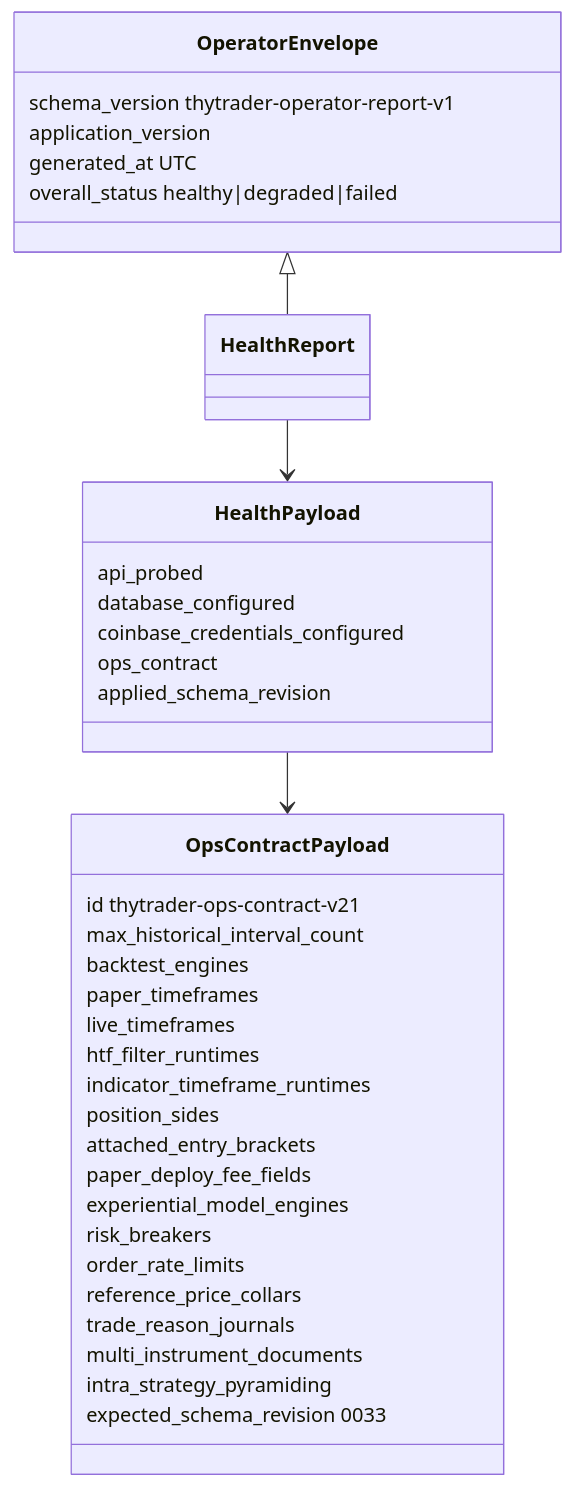
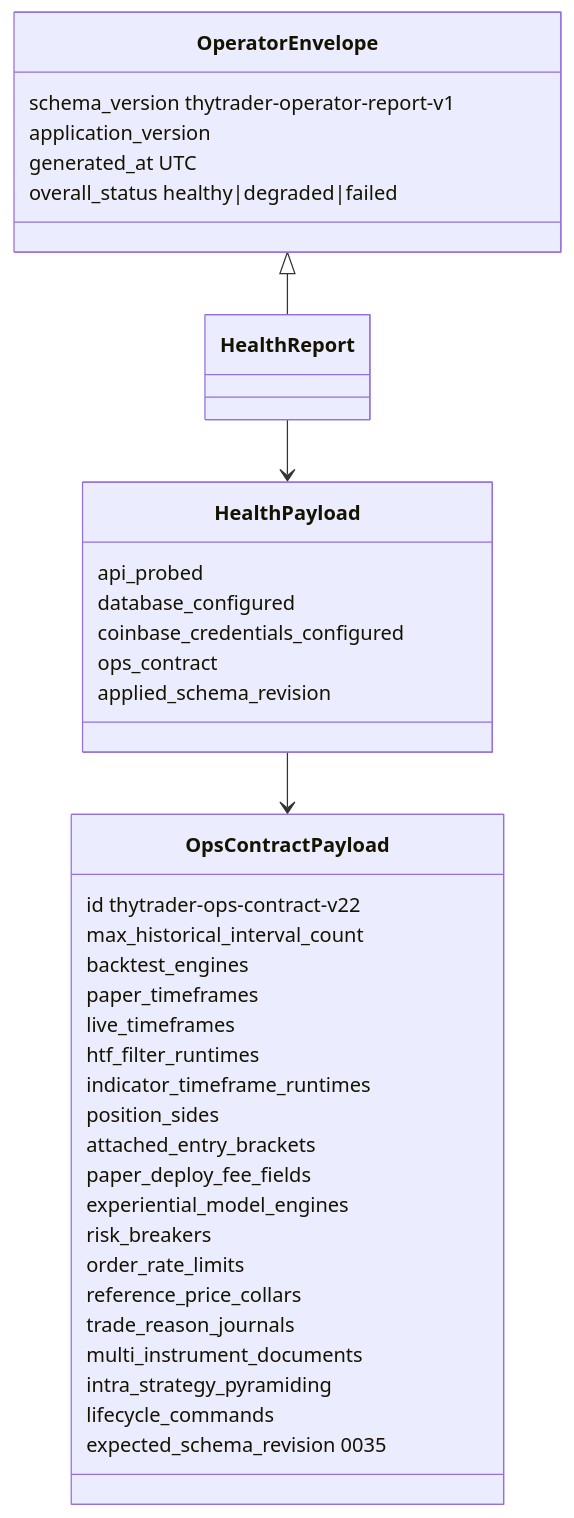
The first of 2 diagrams in docs/architecture/contracts/ops-contract.md (Zoltesh/thytrader), drawn with Mermaid before and after one commit. The commit also changed other lines of this file and 54 other files, not shown here.

````diff
--- a/docs/architecture/contracts/ops-contract.md
+++ b/docs/architecture/contracts/ops-contract.md
@@ -33,39 +34,40 @@
 ```mermaid
 classDiagram
   class OpsContractPayload {
-    id thytrader-ops-contract-v21
+    id thytrader-ops-contract-v22
     max_historical_interval_count
     backtest_engines
     paper_timeframes
     live_timeframes
     htf_filter_runtimes
     indicator_timeframe_runtimes
     position_sides
     attached_entry_brackets
     paper_deploy_fee_fields
     experiential_model_engines
     risk_breakers
     order_rate_limits
     reference_price_collars
     trade_reason_journals
     multi_instrument_documents
     intra_strategy_pyramiding
-    expected_schema_revision 0033
+    lifecycle_commands
+    expected_schema_revision 0035
   }
   class HealthPayload {
     api_probed
     database_configured
     coinbase_credentials_configured
     ops_contract
     applied_schema_revision
   }
   class OperatorEnvelope {
     schema_version thytrader-operator-report-v1
     application_version
     generated_at UTC
     overall_status healthy|degraded|failed
   }
   HealthPayload --> OpsContractPayload
   OperatorEnvelope <|-- HealthReport
   HealthReport --> HealthPayload
 ```
````
